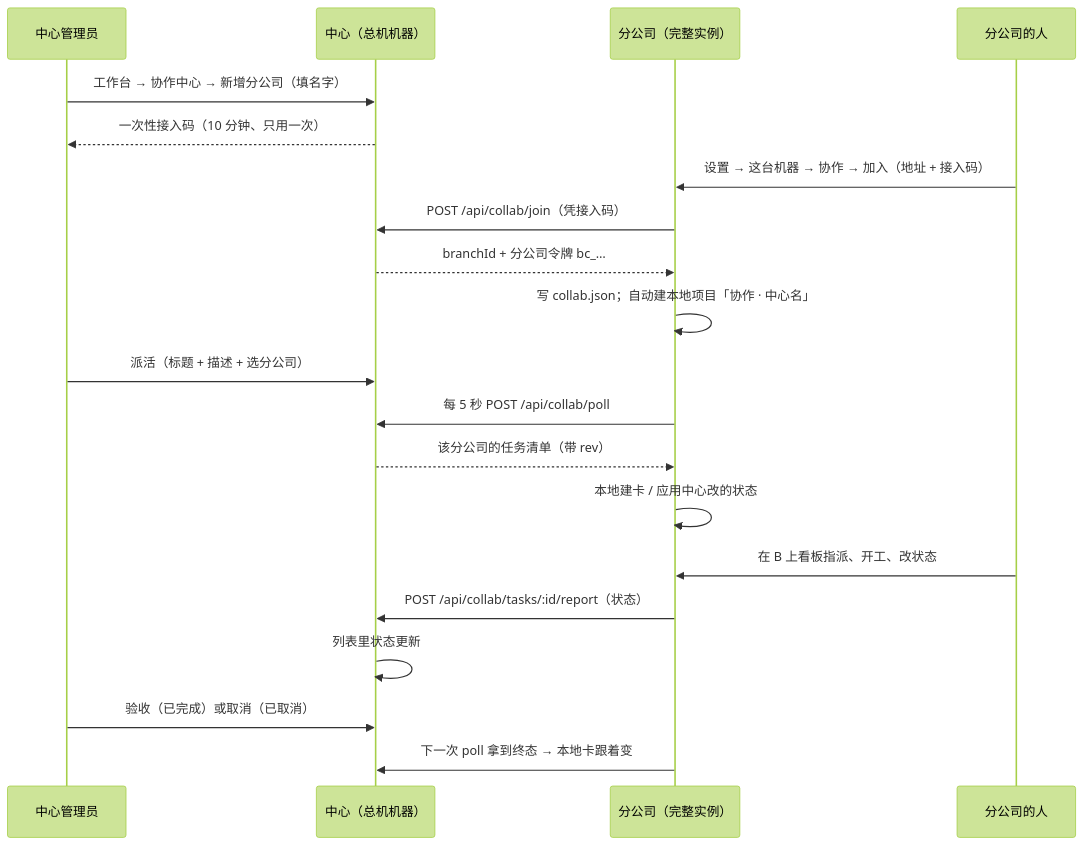
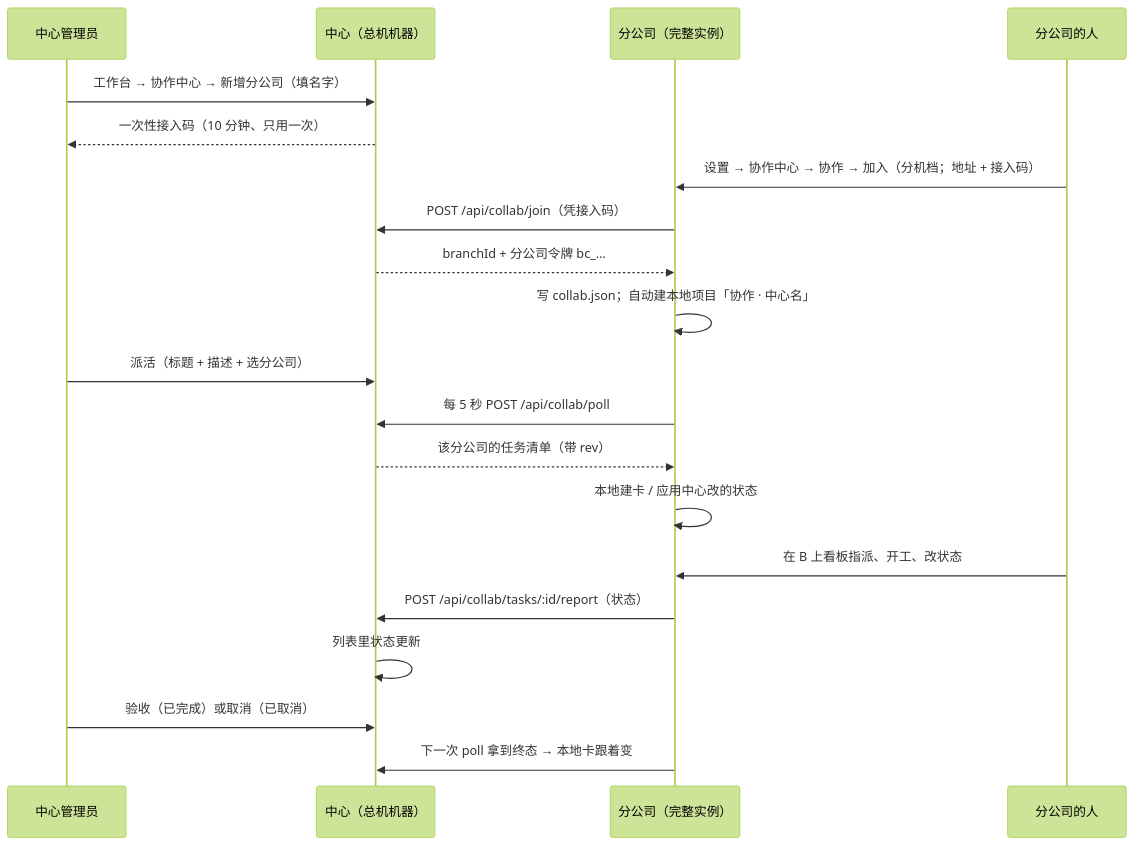
One commit to shepherd-chenxs/bandi changed the diagram in docs/design/2026-10-31-协作中心-MVP任务书.md. Above: the diagram before and after it, drawn with Mermaid (forest theme). The commit also changed other lines of this file and 80 other files, not shown here.

````diff
--- a/docs/design/2026-10-31-协作中心-MVP任务书.md
+++ b/docs/design/2026-10-31-协作中心-MVP任务书.md
@@ -66,23 +75,23 @@
 ```mermaid
 sequenceDiagram
   participant A as 中心管理员
   participant C as 中心（总机机器）
   participant B as 分公司（完整实例）
   participant U as 分公司的人
 
   A->>C: 工作台 → 协作中心 → 新增分公司（填名字）
   C-->>A: 一次性接入码（10 分钟、只用一次）
-  U->>B: 设置 → 这台机器 → 协作 → 加入（地址 + 接入码）
+  U->>B: 设置 → 协作中心 → 协作 → 加入（分机档；地址 + 接入码）
   B->>C: POST /api/collab/join（凭接入码）
   C-->>B: branchId + 分公司令牌 bc_…
   B->>B: 写 collab.json；自动建本地项目「协作 · 中心名」
   A->>C: 派活（标题 + 描述 + 选分公司）
   B->>C: 每 5 秒 POST /api/collab/poll
   C-->>B: 该分公司的任务清单（带 rev）
   B->>B: 本地建卡 / 应用中心改的状态
   U->>B: 在 B 上看板指派、开工、改状态
   B->>C: POST /api/collab/tasks/:id/report（状态）
   C->>C: 列表里状态更新
   A->>C: 验收（已完成）或取消（已取消）
   B->>C: 下一次 poll 拿到终态 → 本地卡跟着变
 ```
````
